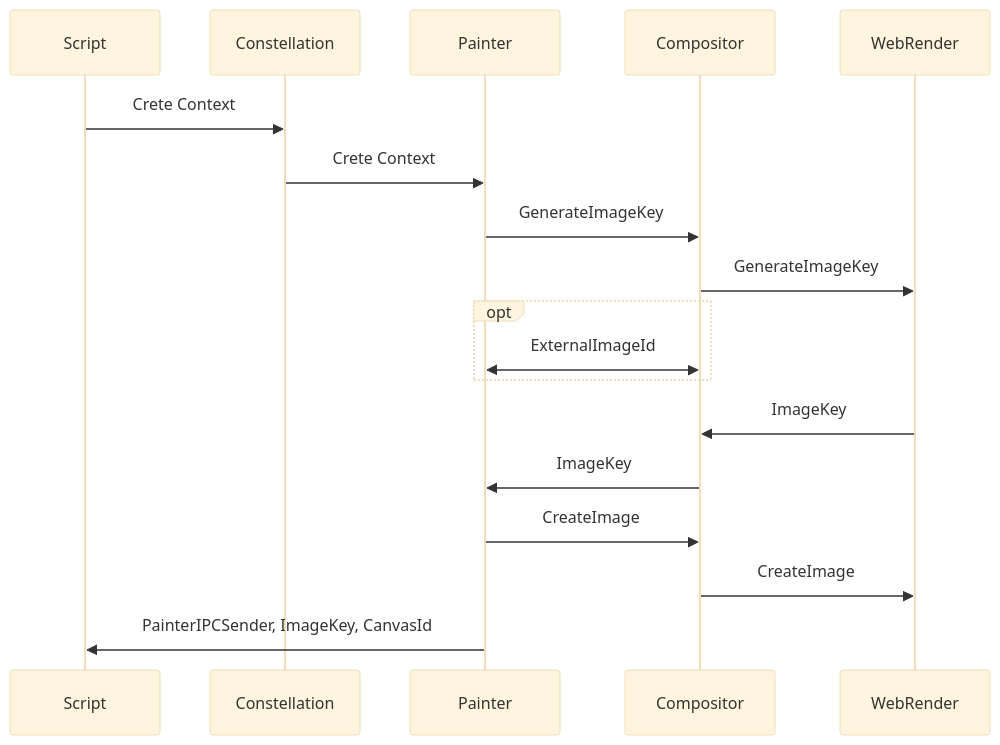
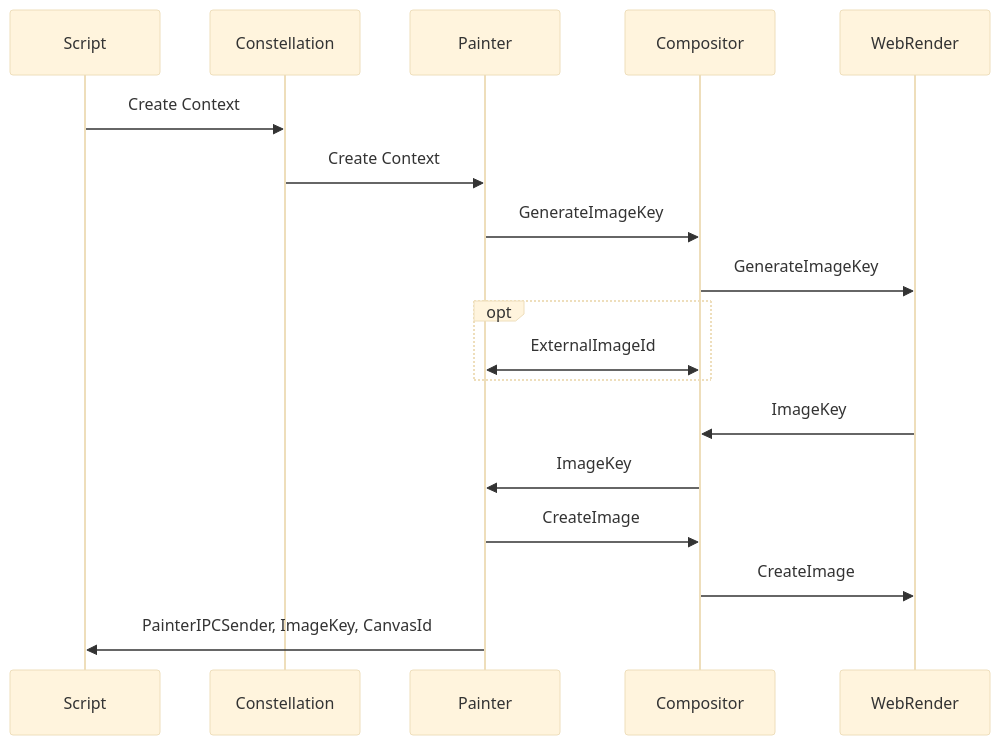
One commit to servo/book changed the second of 8 diagrams in src/architecture/canvas.md. Above: the diagram before and after it, drawn with Mermaid (base theme).

````diff
--- a/src/architecture/canvas.md
+++ b/src/architecture/canvas.md
@@ -63,20 +63,20 @@
 ```mermaid
 sequenceDiagram
-    Script->>Constellation: Crete Context
-    Constellation->>Painter: Crete Context
+    Script->>Constellation: Create Context
+    Constellation->>Painter: Create Context
 
     Painter->>Compositor: GenerateImageKey
     Compositor->>WebRender: GenerateImageKey
 
     opt 
         Painter<<->>Compositor: ExternalImageId
     end
 
     WebRender->>Compositor: ImageKey
     Compositor->>Painter: ImageKey
 
     Painter->>Compositor: CreateImage
     Compositor->>WebRender: CreateImage
 
     Painter->>Script: PainterIPCSender, ImageKey, CanvasId
 ```
````
